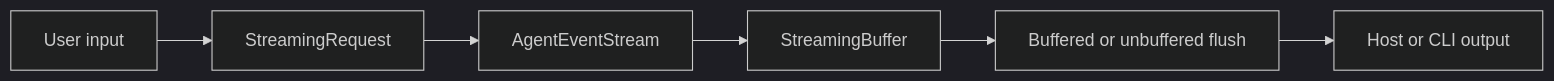
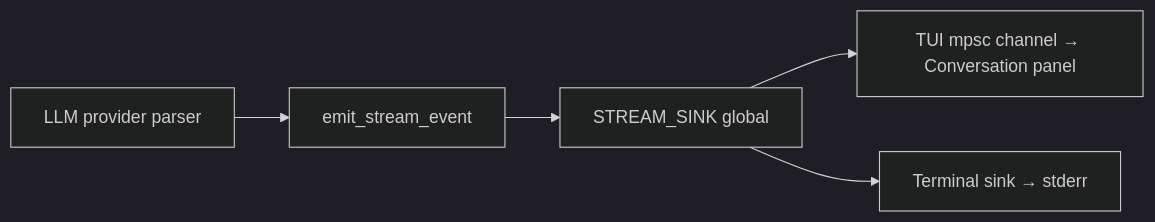
Before and after one commit to tsfarizi/antikhitera-mcp-client: the diagram in documentation/STREAMING.md, drawn with Mermaid (dark theme). The commit also changed other lines of this file and 11 other files, not shown here.

````diff
--- a/documentation/STREAMING.md
+++ b/documentation/STREAMING.md
@@ -7,8 +10,7 @@
 ```mermaid
 flowchart LR
-    Input[User input] --> Request[StreamingRequest]
-    Request --> Events[AgentEventStream]
-    Events --> Buffer[StreamingBuffer]
-    Buffer --> Flush[Buffered or unbuffered flush]
-    Flush --> Output[Host or CLI output]
+    Provider[LLM provider parser] --> Emit[emit_stream_event]
+    Emit --> Sink[STREAM_SINK global]
+    Sink --> TUI[TUI mpsc channel → Conversation panel]
+    Sink --> Terminal[Terminal sink → stderr]
 ```
````
